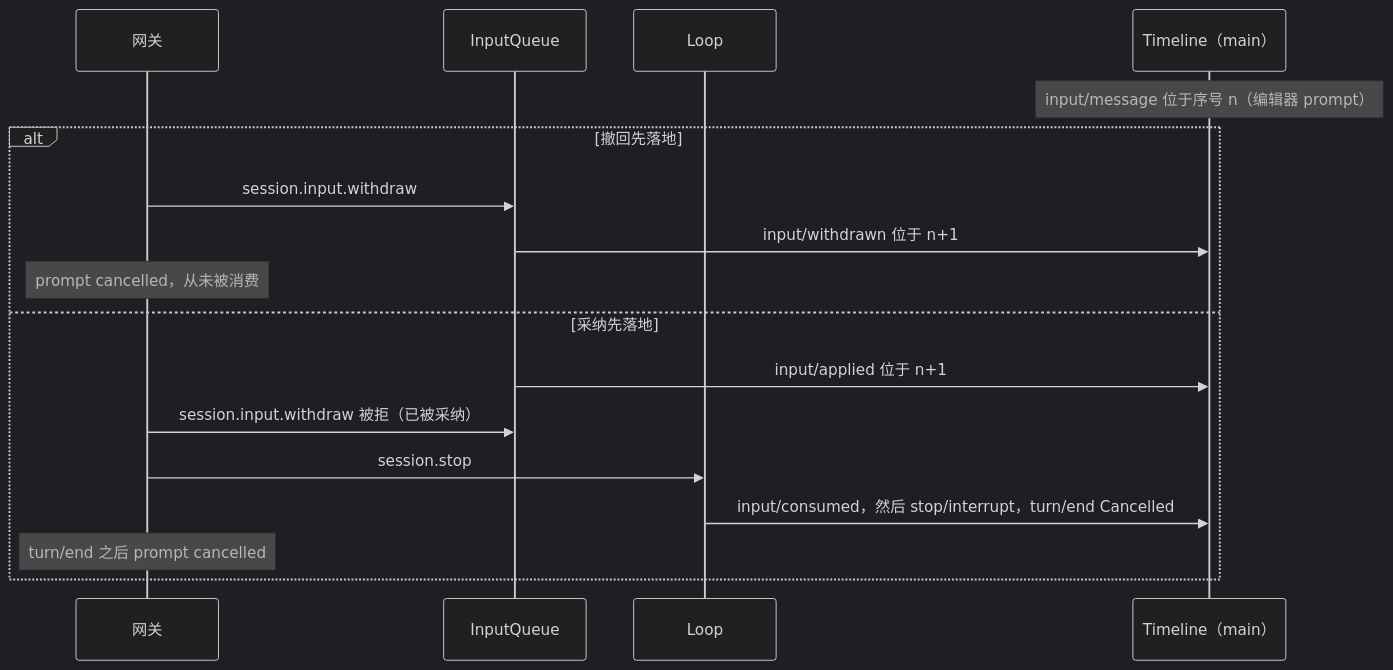
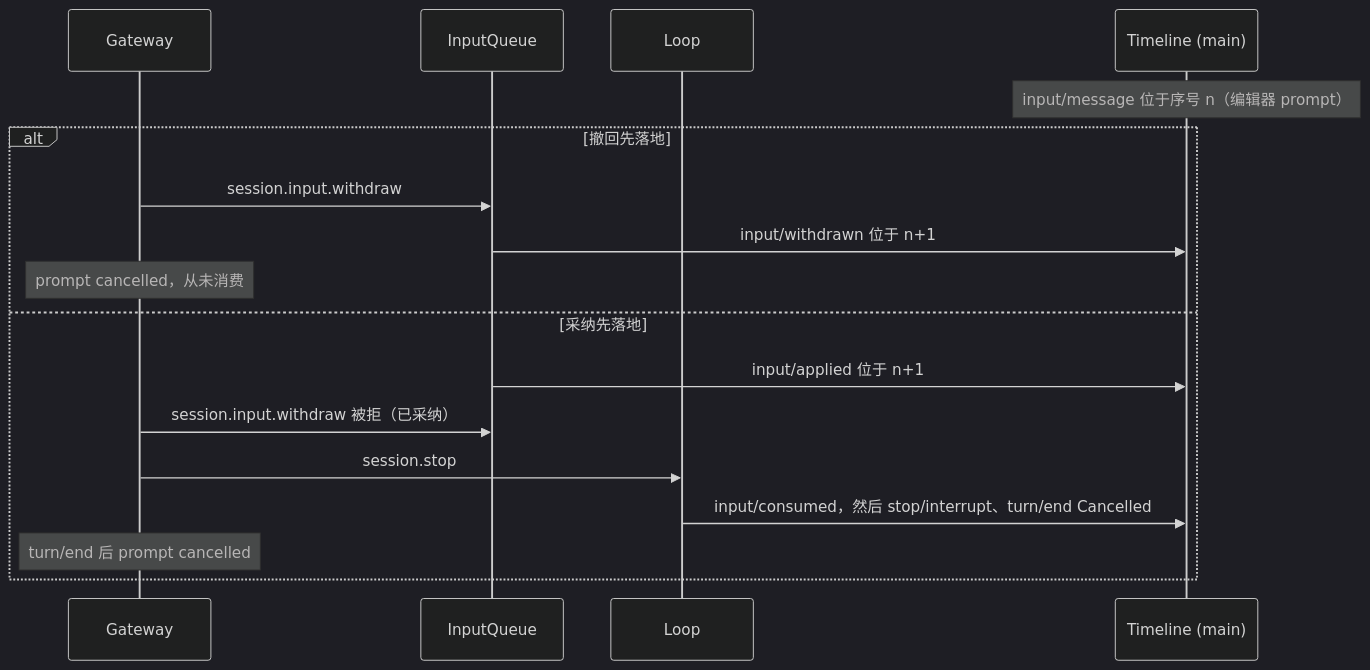
Before and after one commit to CoutinhoTTS/dim-agent: the fifth of 5 diagrams in docs/zh/design/plugins/AcpGateway.md, drawn with Mermaid (dark theme). The commit also changed other lines of this file and 18 other files, not shown here.

````diff
--- a/docs/zh/design/plugins/AcpGateway.md
+++ b/docs/zh/design/plugins/AcpGateway.md
@@ -118,19 +125,19 @@
 ```mermaid
 sequenceDiagram
-  participant G as 网关
+  participant G as Gateway
   participant IQ as InputQueue
   participant L as Loop
-  participant TL as Timeline（main）
+  participant TL as Timeline (main)
   Note over TL: input/message 位于序号 n（编辑器 prompt）
   alt 撤回先落地
     G->>IQ: session.input.withdraw
     IQ->>TL: input/withdrawn 位于 n+1
-    Note over G: prompt cancelled，从未被消费
+    Note over G: prompt cancelled，从未消费
   else 采纳先落地
     IQ->>TL: input/applied 位于 n+1
-    G->>IQ: session.input.withdraw 被拒（已被采纳）
+    G->>IQ: session.input.withdraw 被拒（已采纳）
     G->>L: session.stop
-    L->>TL: input/consumed，然后 stop/interrupt，turn/end Cancelled
-    Note over G: turn/end 之后 prompt cancelled
+    L->>TL: input/consumed，然后 stop/interrupt、turn/end Cancelled
+    Note over G: turn/end 后 prompt cancelled
   end
 ```
````
